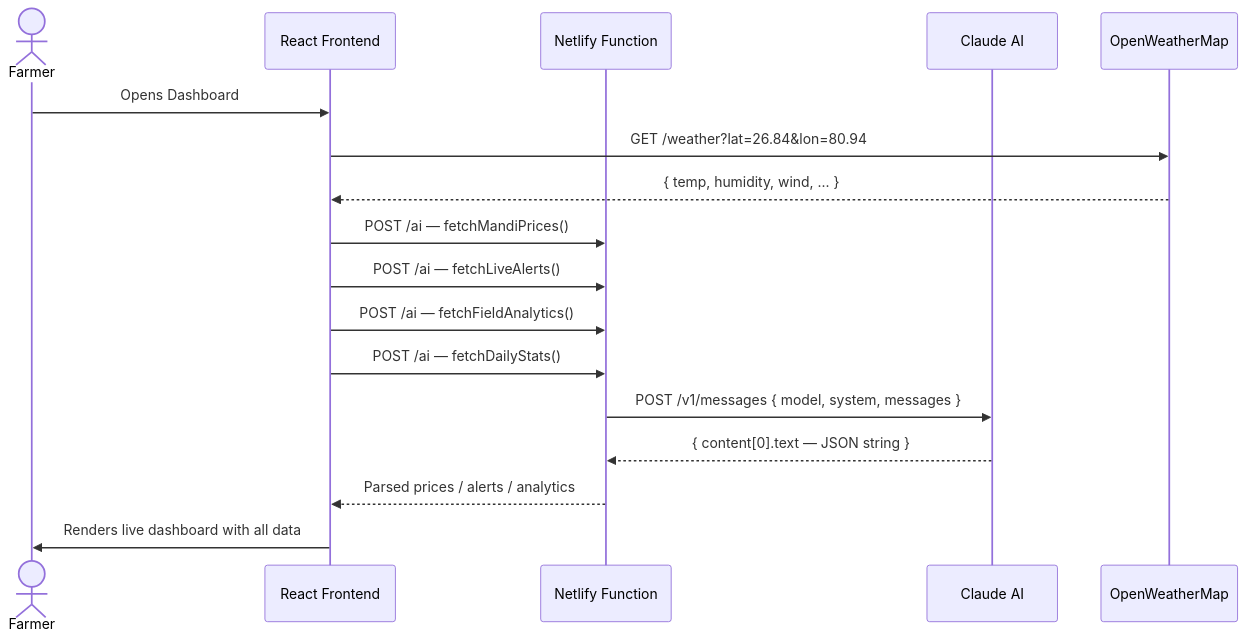
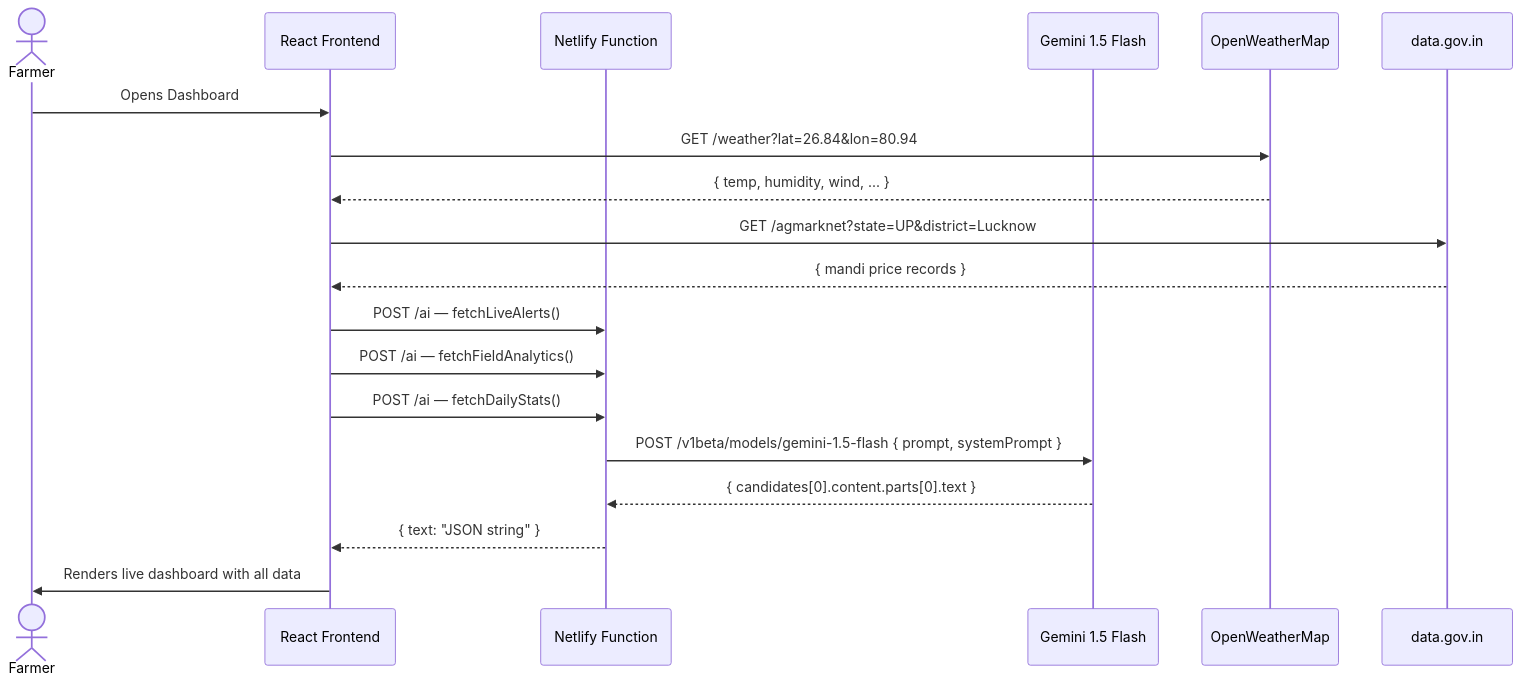
The second of 4 diagrams in README.md (zara650/agromind3d), drawn with Mermaid before and after one commit. The commit also changed other lines of this file, not shown here.

Commit message:
updated README with Gemini + real links + API docs

````diff
--- a/README.md
+++ b/README.md
@@ -120,20 +134,22 @@
 ```mermaid
 sequenceDiagram
     actor Farmer
     participant FE as React Frontend
     participant NF as Netlify Function
-    participant AI as Claude AI
+    participant AI as Gemini 1.5 Flash
     participant WX as OpenWeatherMap
+    participant MK as data.gov.in
 
     Farmer->>FE: Opens Dashboard
     FE->>WX: GET /weather?lat=26.84&lon=80.94
     WX-->>FE: { temp, humidity, wind, ... }
-    FE->>NF: POST /ai — fetchMandiPrices()
+    FE->>MK: GET /agmarknet?state=UP&district=Lucknow
+    MK-->>FE: { mandi price records }
     FE->>NF: POST /ai — fetchLiveAlerts()
     FE->>NF: POST /ai — fetchFieldAnalytics()
     FE->>NF: POST /ai — fetchDailyStats()
-    NF->>AI: POST /v1/messages { model, system, messages }
-    AI-->>NF: { content[0].text — JSON string }
-    NF-->>FE: Parsed prices / alerts / analytics
+    NF->>AI: POST /v1beta/models/gemini-1.5-flash { prompt, systemPrompt }
+    AI-->>NF: { candidates[0].content.parts[0].text }
+    NF-->>FE: { text: "JSON string" }
     FE->>Farmer: Renders live dashboard with all data
 ```
````
